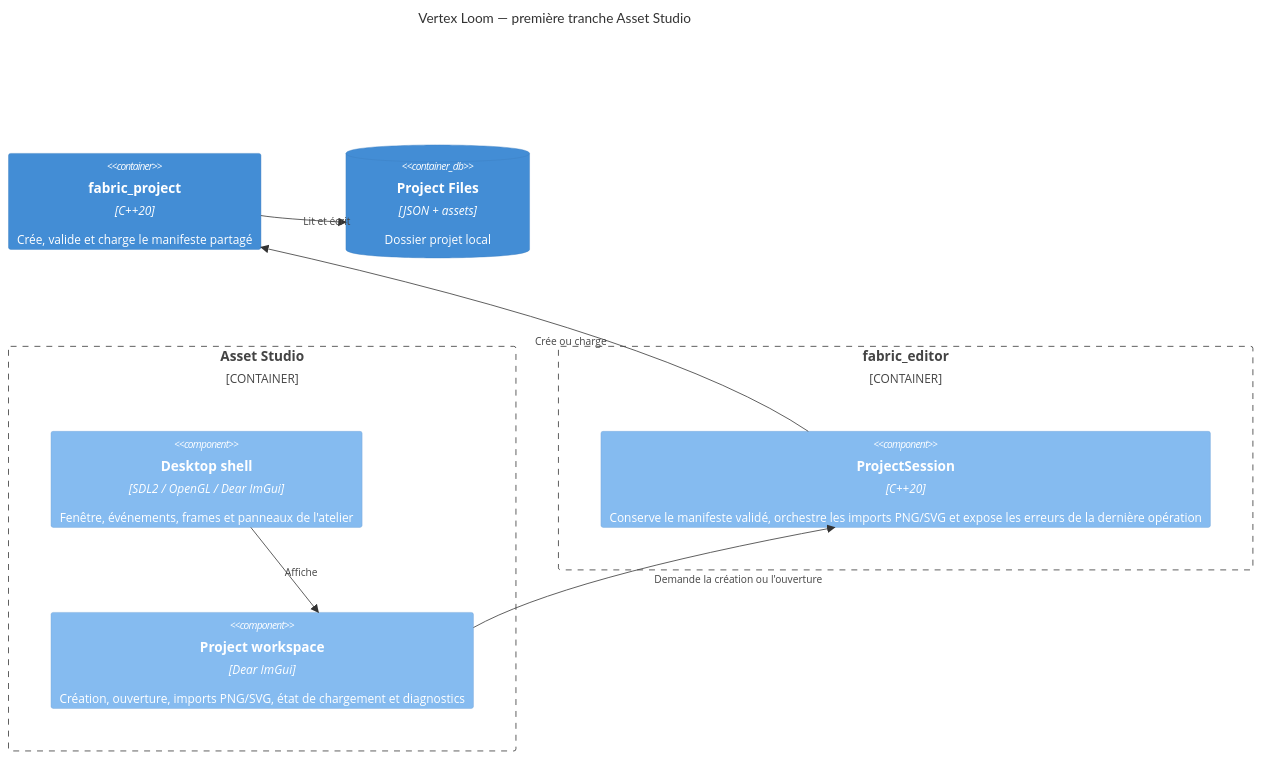
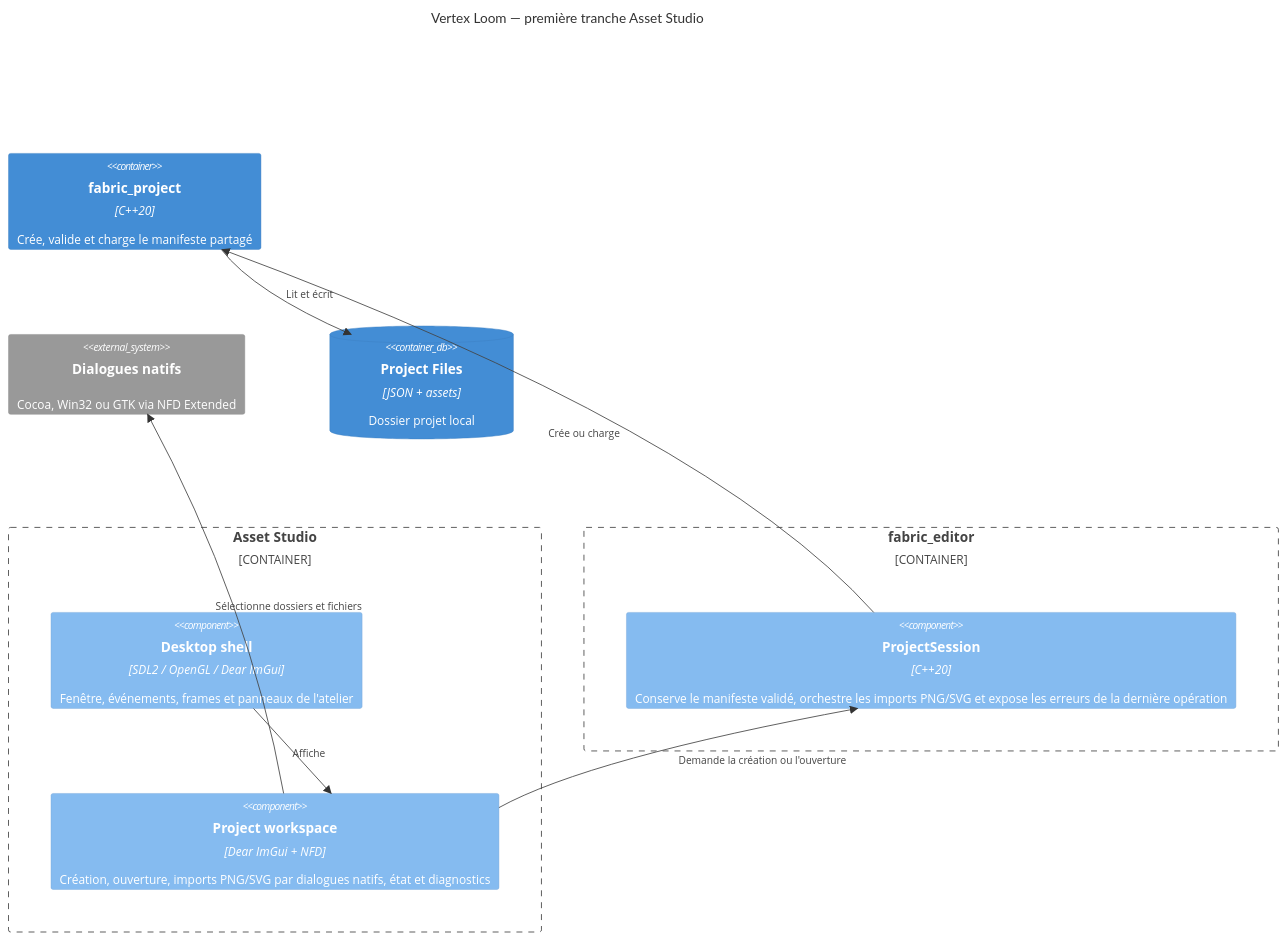
The diagram in docs/architecture/components/editor-shell.md (tristan-monticelli/vertex-loom), drawn with Mermaid before and after one commit. The commit also changed other lines of this file and 6 other files, not shown here.

Commit message:
docs(architecture): define editor foundations

````diff
--- a/docs/architecture/components/editor-shell.md
+++ b/docs/architecture/components/editor-shell.md
@@ -3,17 +3,19 @@
 ```mermaid
 C4Component
     title Vertex Loom — première tranche Asset Studio
     Container_Boundary(asset, "Asset Studio") {
         Component(shell, "Desktop shell", "SDL2 / OpenGL / Dear ImGui", "Fenêtre, événements, frames et panneaux de l'atelier")
-        Component(project_ui, "Project workspace", "Dear ImGui", "Création, ouverture, imports PNG/SVG, état de chargement et diagnostics")
+        Component(project_ui, "Project workspace", "Dear ImGui + NFD", "Création, ouverture, imports PNG/SVG par dialogues natifs, état et diagnostics")
     }
     Container_Boundary(editor, "fabric_editor") {
         Component(session, "ProjectSession", "C++20", "Conserve le manifeste validé, orchestre les imports PNG/SVG et expose les erreurs de la dernière opération")
     }
     Container(project, "fabric_project", "C++20", "Crée, valide et charge le manifeste partagé")
+    System_Ext(dialogs, "Dialogues natifs", "Cocoa, Win32 ou GTK via NFD Extended")
     ContainerDb(files, "Project Files", "JSON + assets", "Dossier projet local")
     Rel(shell, project_ui, "Affiche")
     Rel(project_ui, session, "Demande la création ou l'ouverture")
+    Rel(project_ui, dialogs, "Sélectionne dossiers et fichiers")
     Rel(session, project, "Crée ou charge")
     Rel(project, files, "Lit et écrit")
 ```
````
